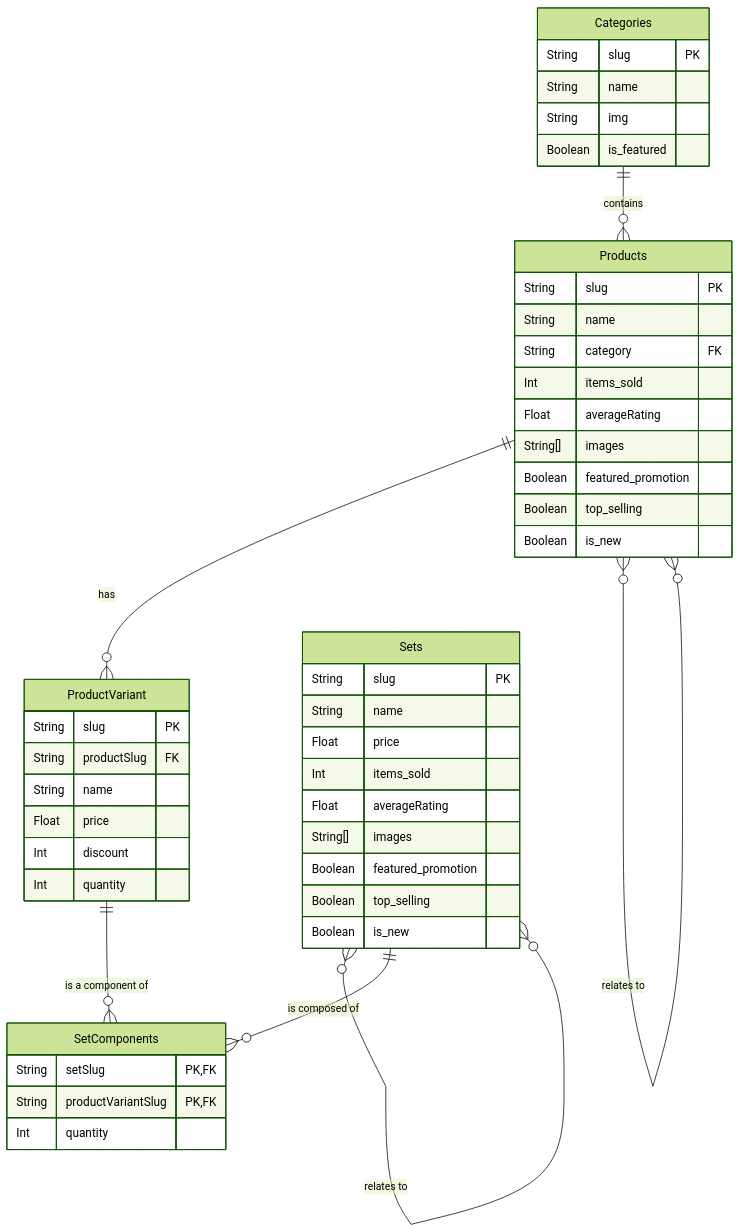
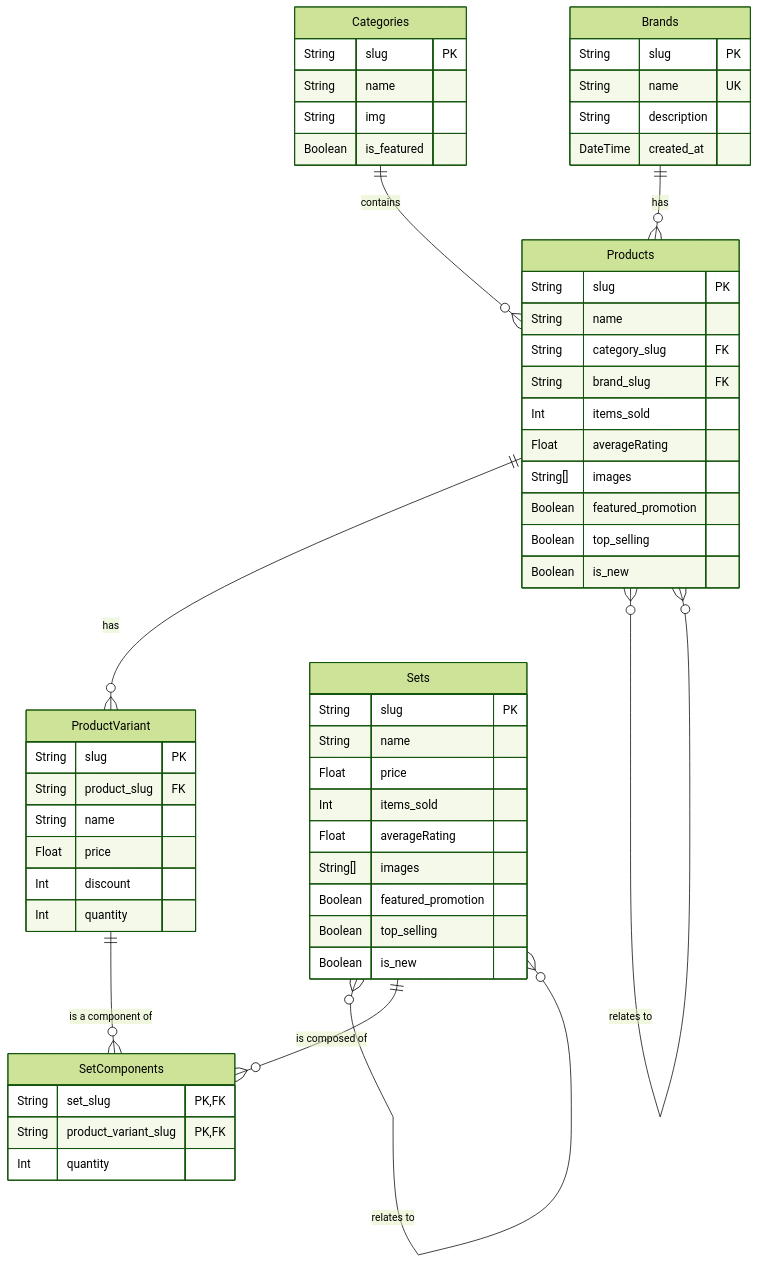
One commit to aymanbazyan/storeflow-docs changed the second of 6 diagrams in docs/01-Overview/02-Tech-Stack-Concepts.md. Above: the diagram before and after it, drawn with Mermaid (forest theme). The commit also changed other lines of this file and 4 other files, not shown here.

````diff
--- a/docs/01-Overview/02-Tech-Stack-Concepts.md
+++ b/docs/01-Overview/02-Tech-Stack-Concepts.md
@@ -87,55 +87,64 @@
 ```mermaid
 erDiagram
     Categories {
         String slug PK
         String name
         String img
         Boolean is_featured
     }
 
+    Brands {
+        String slug PK
+        String name UK
+        String description
+        DateTime created_at
+    }
+
     Products {
         String slug PK
         String name
-        String category FK
+        String category_slug FK
+        String brand_slug FK
         Int items_sold
         Float averageRating
         String[] images
         Boolean featured_promotion
         Boolean top_selling
         Boolean is_new
     }
 
     ProductVariant {
         String slug PK
-        String productSlug FK
+        String product_slug FK
         String name
         Float price
         Int discount
         Int quantity
     }
 
     Sets {
         String slug PK
         String name
         Float price
         Int items_sold
         Float averageRating
         String[] images
         Boolean featured_promotion
         Boolean top_selling
         Boolean is_new
     }
 
     SetComponents {
-        String setSlug PK, FK
-        String productVariantSlug PK, FK
+        String set_slug PK, FK
+        String product_variant_slug PK, FK
         Int quantity
     }
 
     Categories ||--o{ Products : "contains"
+    Brands ||--o{ Products : "has"
     Products ||--o{ ProductVariant : "has"
     Products }o--o{ Products : "relates to"
     Sets }o--o{ Sets : "relates to"
     Sets ||--o{ SetComponents : "is composed of"
     ProductVariant ||--o{ SetComponents : "is a component of"
 ```
````
